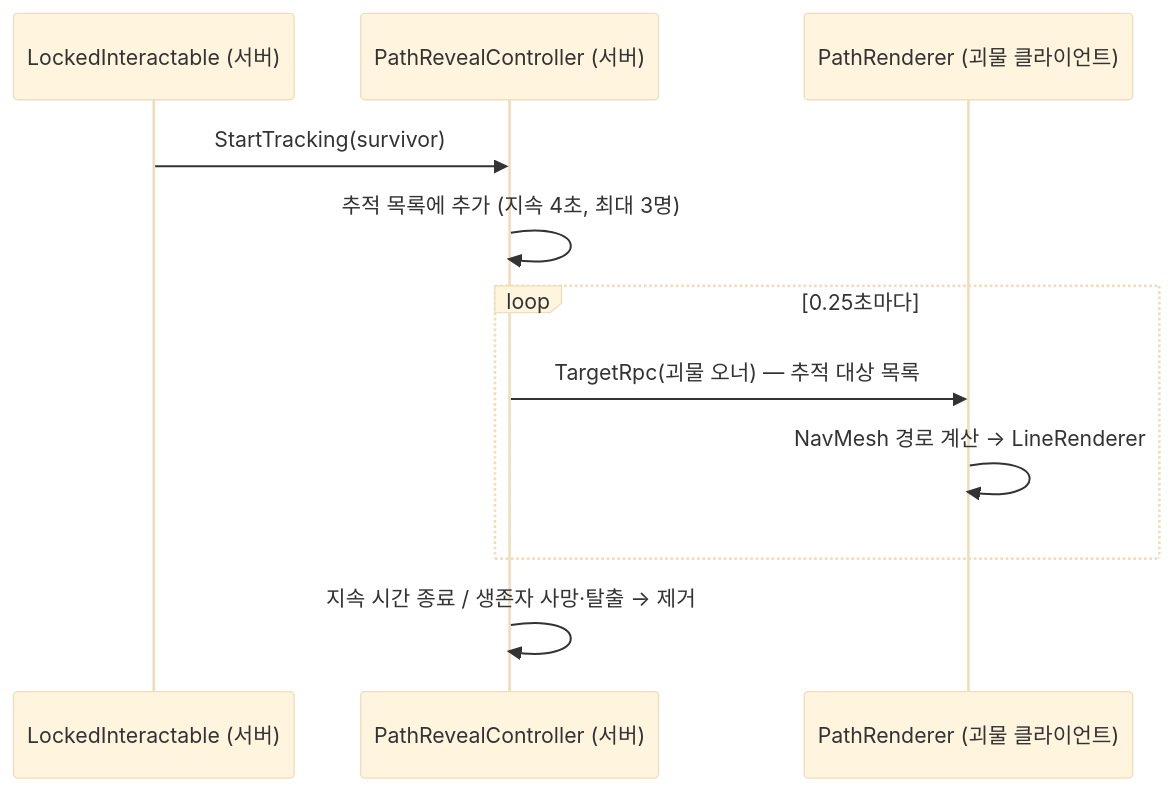
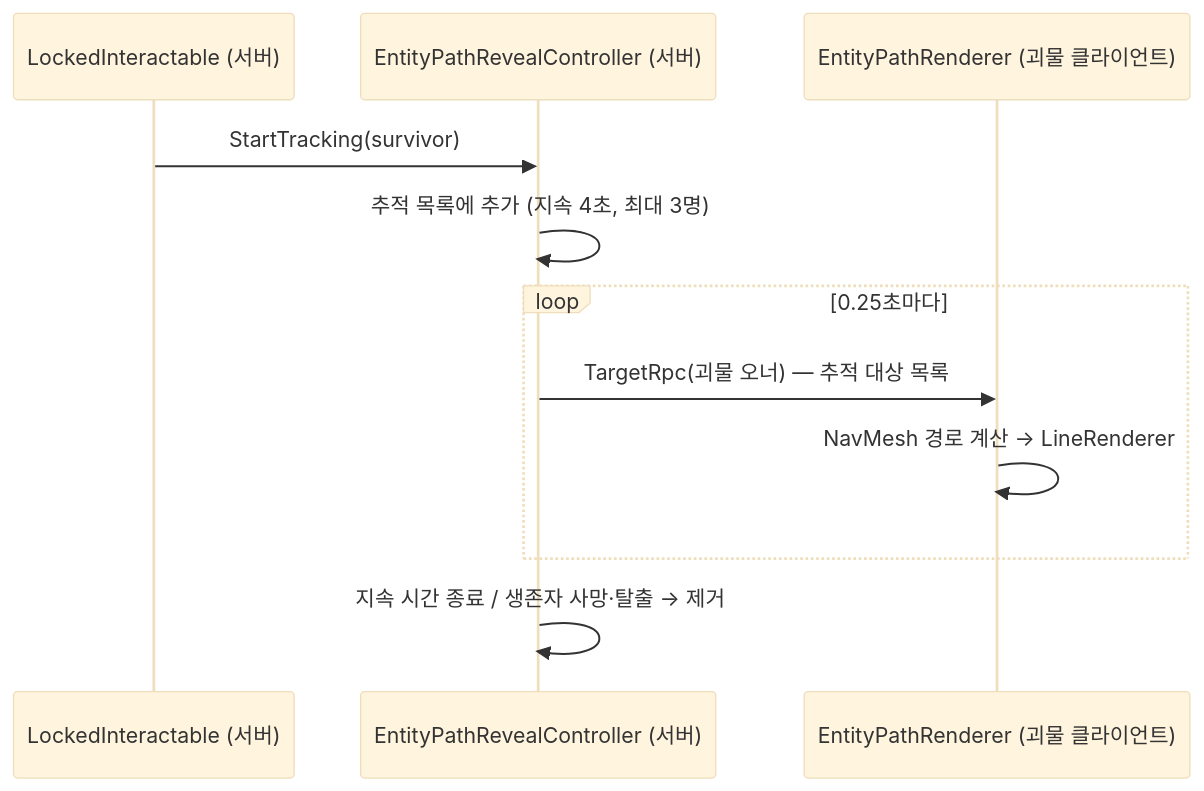
One commit to Youngdu-Min/Asymmetric-PvP-FishNet changed the ninth of 11 diagrams in docs/TechnicalDesign.md. Above: the diagram before and after it, drawn with Mermaid (base theme).

Commit message:
기술 문서 mermaid 다이어그램을 실제 코드에 맞게 수정

````diff
--- a/docs/TechnicalDesign.md
+++ b/docs/TechnicalDesign.md
@@ -518,14 +518,14 @@
 ```mermaid
 sequenceDiagram
     participant L as LockedInteractable (서버)
-    participant T as PathRevealController (서버)
-    participant R as PathRenderer (괴물 클라이언트)
+    participant T as EntityPathRevealController (서버)
+    participant R as EntityPathRenderer (괴물 클라이언트)
 
     L->>T: StartTracking(survivor)
     T->>T: 추적 목록에 추가 (지속 4초, 최대 3명)
     loop 0.25초마다
         T->>R: TargetRpc(괴물 오너) — 추적 대상 목록
         R->>R: NavMesh 경로 계산 → LineRenderer
     end
     T->>T: 지속 시간 종료 / 생존자 사망·탈출 → 제거
 ```
````
